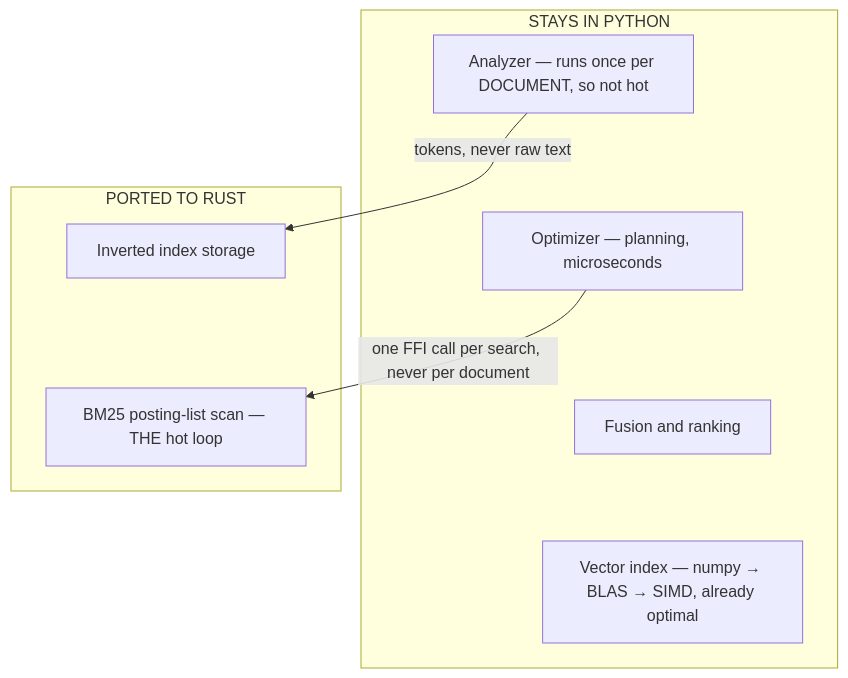
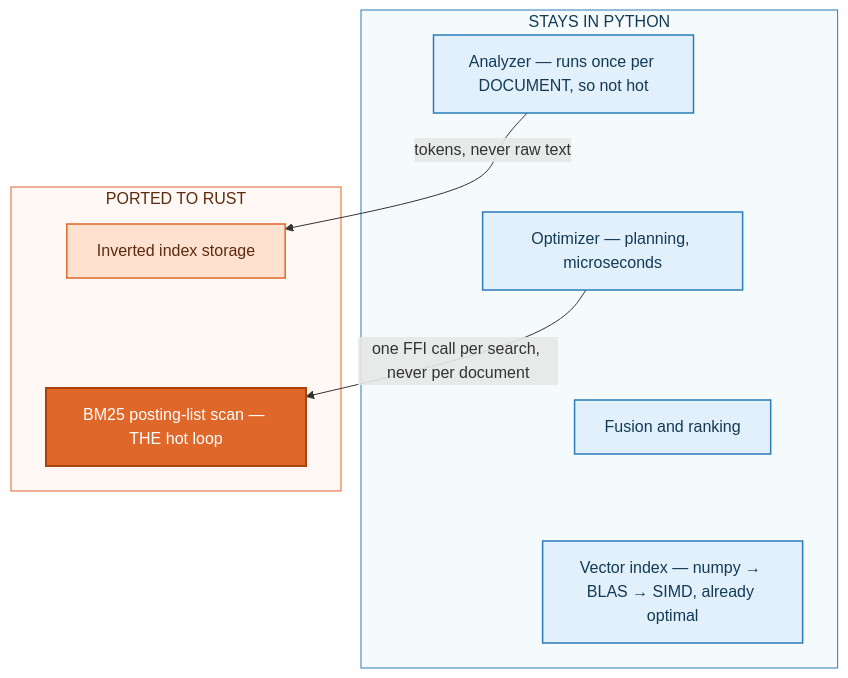
One commit to cosmos-dx/broccolisearch changed the ninth of 9 diagrams in BOOK.md. Above: the diagram before and after it, drawn with Mermaid. The commit also changed other lines of this file and 4 other files, not shown here.

````diff
--- a/BOOK.md
+++ b/BOOK.md
@@ -1642,17 +1677,26 @@
 ```mermaid
 flowchart TB
     subgraph PY["STAYS IN PYTHON"]
         A["Analyzer — runs once per DOCUMENT, so not hot"]
         B["Optimizer — planning, microseconds"]
         C["Fusion and ranking"]
         D["Vector index — numpy → BLAS → SIMD, already optimal"]
         A ~~~ B ~~~ C ~~~ D
     end
     A -->|"tokens, never raw text"| E
     B -->|"one FFI call per search, never per document"| F
     subgraph RS["PORTED TO RUST"]
         E["Inverted index storage"]
         F["BM25 posting-list scan — THE hot loop"]
         E ~~~ F
     end
+
+    classDef py   fill:#e2f0fb,stroke:#2b7cb8,stroke-width:1.5px,color:#123a56
+    classDef rust fill:#ffe1cf,stroke:#e0672a,stroke-width:1.5px,color:#5c2a0c
+    classDef hot  fill:#e0672a,stroke:#a8420f,stroke-width:2px,color:#ffffff
+    class A,B,C,D py
+    class E rust
+    class F hot
+    style PY fill:#f5fafd,stroke:#2b7cb8,color:#123a56
+    style RS fill:#fff8f4,stroke:#e0672a,color:#5c2a0c
 ```
````
